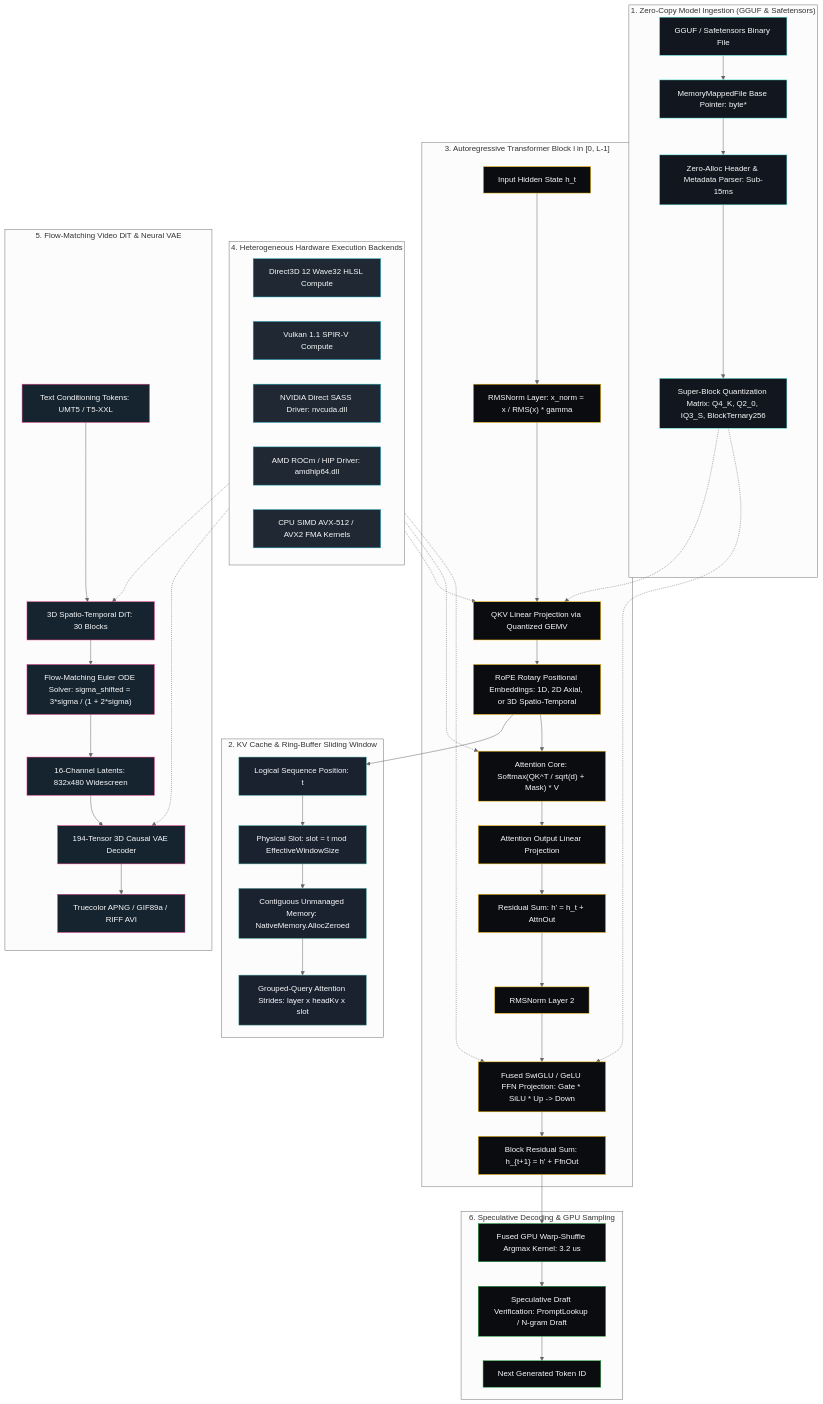
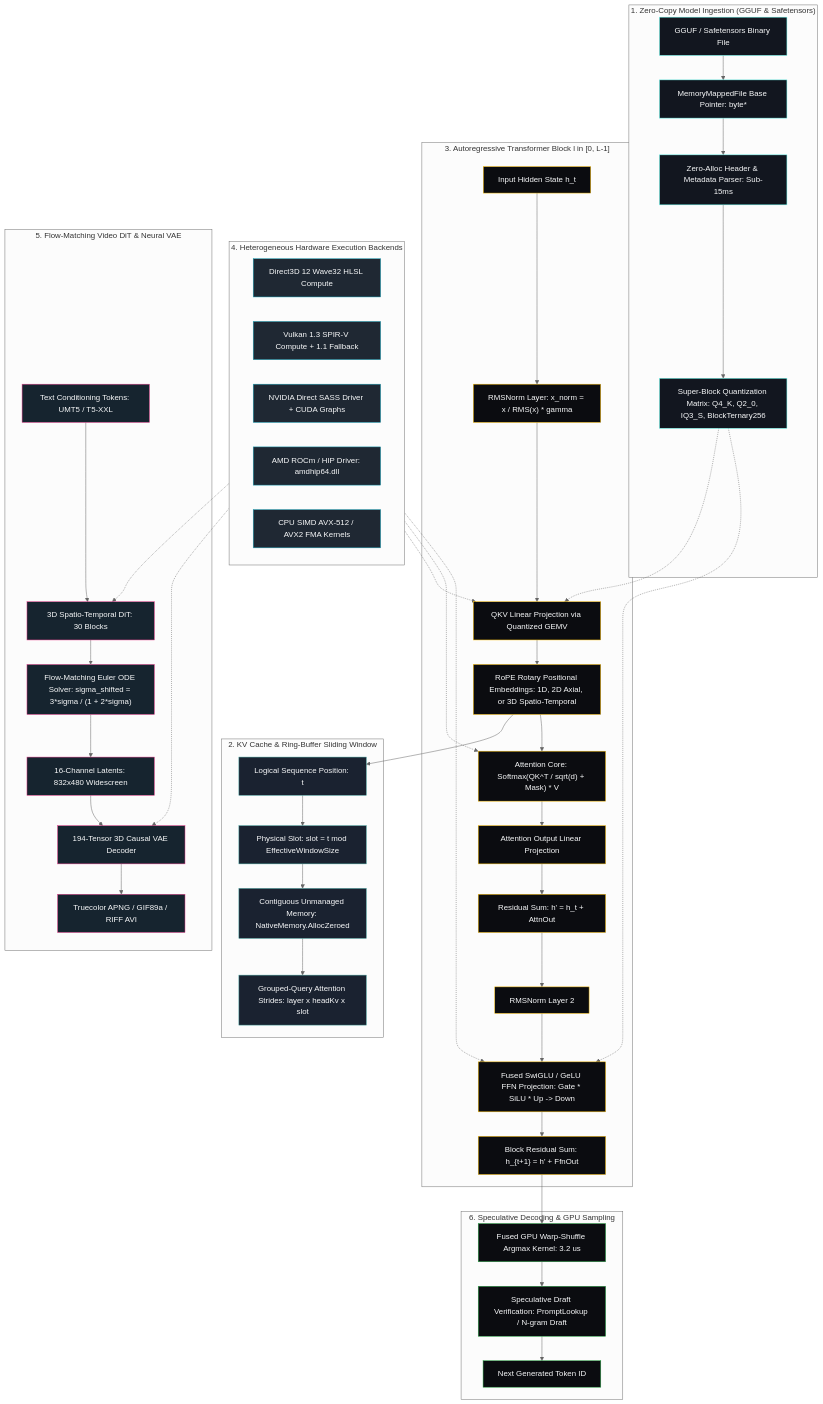
One commit to ian-cowley/Glacier.Inference changed the diagram in README.md. Above: the diagram before and after it, drawn with Mermaid (neutral theme). The commit also changed other lines of this file and 52 other files, not shown here.

Commit message:
feat(inference): release v1.10.0 with NariQ TRL1..TRL6 (CPU/CUDA/Vulkan 1.3), Qwen35CudaModel, and Qwen2GpuModel CUDA Graphs

````diff
--- a/README.md
+++ b/README.md
@@ -58,71 +58,71 @@
 ```mermaid
 flowchart TD
     subgraph WeightBank ["1. Zero-Copy Model Ingestion (GGUF & Safetensors)"]
         W1[GGUF / Safetensors Binary File] --> W2[MemoryMappedFile Base Pointer: byte*]
         W2 --> W3[Zero-Alloc Header & Metadata Parser: Sub-15ms]
         W3 --> W4["Super-Block Quantization Matrix: Q4_K, Q2_0, IQ3_S, BlockTernary256"]
     end
 
     subgraph Memory ["2. KV Cache & Ring-Buffer Sliding Window"]
         K1[Logical Sequence Position: t] --> K2["Physical Slot: slot = t mod EffectiveWindowSize"]
         K2 --> K3[Contiguous Unmanaged Memory: NativeMemory.AllocZeroed]
         K3 --> K4[Grouped-Query Attention Strides: layer x headKv x slot]
     end
 
     subgraph TransformerBlock ["3. Autoregressive Transformer Block l in [0, L-1]"]
         T1[Input Hidden State h_t] --> T2["RMSNorm Layer: x_norm = x / RMS(x) * gamma"]
         T2 --> T3[QKV Linear Projection via Quantized GEMV]
         T3 --> T4["RoPE Rotary Positional Embeddings: 1D, 2D Axial, or 3D Spatio-Temporal"]
         T4 --> K1
         T4 --> T5["Attention Core: Softmax(QK^T / sqrt(d) + Mask) * V"]
         T5 --> T6[Attention Output Linear Projection]
         T6 --> T7["Residual Sum: h' = h_t + AttnOut"]
         T7 --> T8[RMSNorm Layer 2]
         T8 --> T9["Fused SwiGLU / GeLU FFN Projection: Gate * SiLU * Up -> Down"]
         T9 --> T10["Block Residual Sum: h_{t+1} = h' + FfnOut"]
     end
 
     subgraph HardwareHAL ["4. Heterogeneous Hardware Execution Backends"]
         H1[Direct3D 12 Wave32 HLSL Compute] 
-        H2[Vulkan 1.1 SPIR-V Compute]
-        H3[NVIDIA Direct SASS Driver: nvcuda.dll]
+        H2[Vulkan 1.3 SPIR-V Compute + 1.1 Fallback]
+        H3[NVIDIA Direct SASS Driver + CUDA Graphs]
         H4[AMD ROCm / HIP Driver: amdhip64.dll]
         H5[CPU SIMD AVX-512 / AVX2 FMA Kernels]
     end
 
     subgraph DiffusionVideo ["5. Flow-Matching Video DiT & Neural VAE"]
         V1[Text Conditioning Tokens: UMT5 / T5-XXL] --> V2[3D Spatio-Temporal DiT: 30 Blocks]
         V2 --> V3["Flow-Matching Euler ODE Solver: sigma_shifted = 3*sigma / (1 + 2*sigma)"]
         V3 --> V4[16-Channel Latents: 832x480 Widescreen]
         V4 --> V5[194-Tensor 3D Causal VAE Decoder]
         V5 --> V6[Truecolor APNG / GIF89a / RIFF AVI]
     end
 
     subgraph SamplingHead ["6. Speculative Decoding & GPU Sampling"]
         T10 --> S1[Fused GPU Warp-Shuffle Argmax Kernel: 3.2 us]
         S1 --> S2[Speculative Draft Verification: PromptLookup / N-gram Draft]
         S2 --> S3[Next Generated Token ID]
     end
 
     W4 -.-> T3
     W4 -.-> T9
     HardwareHAL -.-> T3
     HardwareHAL -.-> T5
     HardwareHAL -.-> T9
     HardwareHAL -.-> V2
     HardwareHAL -.-> V5
 
     classDef bank fill:#12161f,stroke:#66fcf1,stroke-width:1px,color:#f8f9fa;
     classDef mem fill:#1a2230,stroke:#45a29e,stroke-width:1px,color:#f8f9fa;
     classDef core fill:#0b0c10,stroke:#ffc107,stroke-width:1px,color:#f8f9fa;
     classDef hal fill:#1f2833,stroke:#17a2b8,stroke-width:1px,color:#f8f9fa;
     classDef dit fill:#16242f,stroke:#e83e8c,stroke-width:1px,color:#f8f9fa;
     classDef out fill:#0b0c10,stroke:#28a745,stroke-width:1px,color:#f8f9fa;
 
     class W1,W2,W3,W4 bank;
     class K1,K2,K3,K4 mem;
     class T1,T2,T3,T4,T5,T6,T7,T8,T9,T10 core;
     class H1,H2,H3,H4,H5 hal;
     class V1,V2,V3,V4,V5,V6 dit;
     class S1,S2,S3 out;
 ```
````
